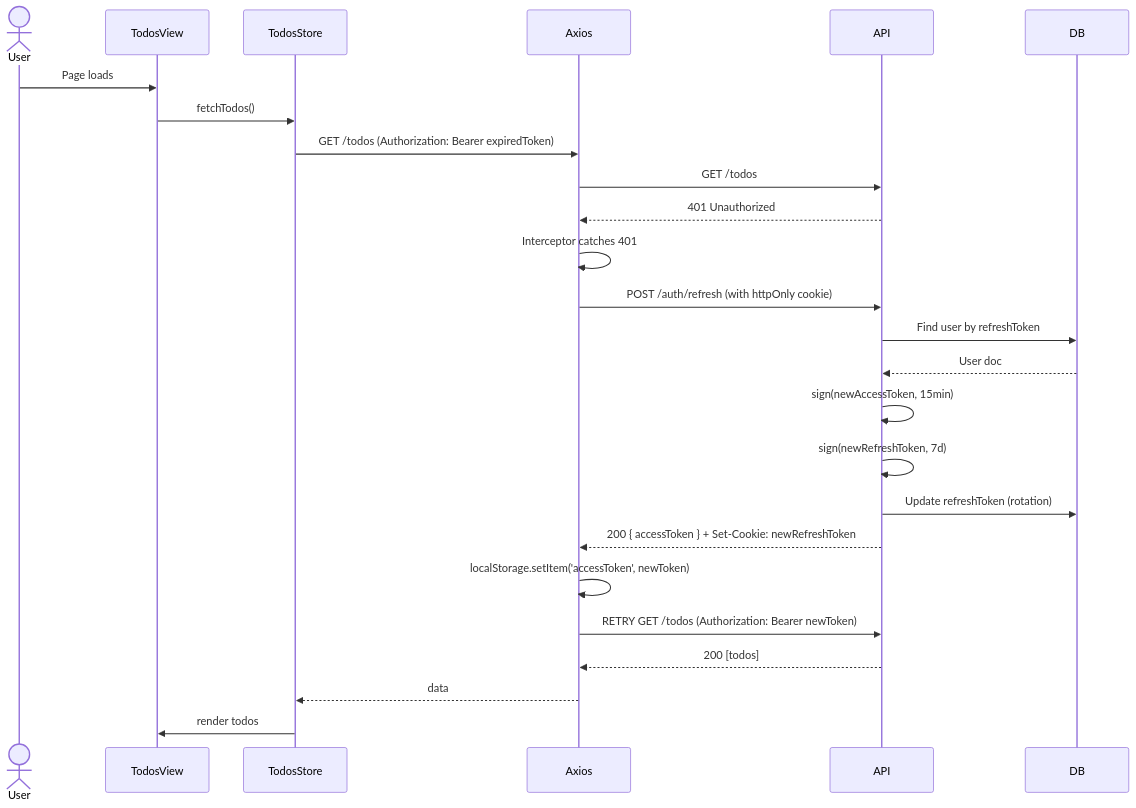
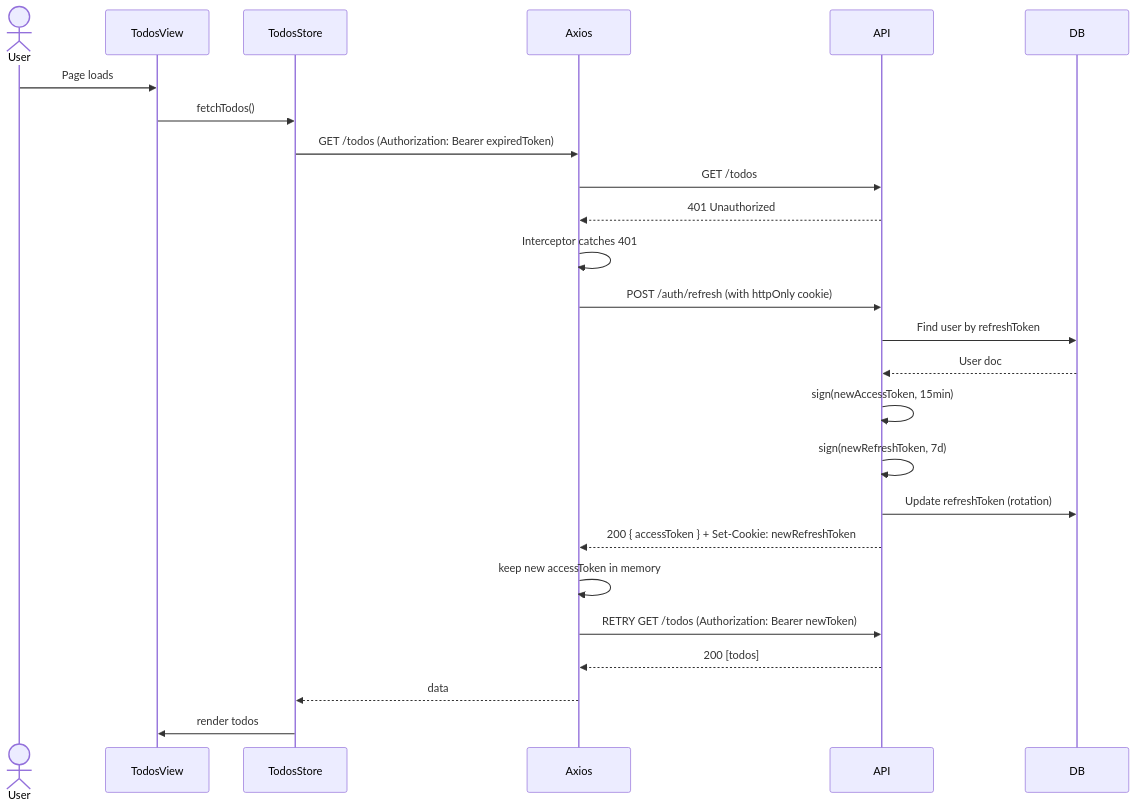
One commit to YaogoGerard/Todogy changed the sixth of 7 diagrams in docs/05_modeling.md. Above: the diagram before and after it, drawn with Mermaid. The commit also changed other lines of this file and 61 other files, not shown here.

````diff
--- a/docs/05_modeling.md
+++ b/docs/05_modeling.md
@@ -147,28 +150,28 @@
 ```mermaid
 sequenceDiagram
     actor User
     participant TodosView
     participant TodosStore
     participant Axios
     participant API
     participant DB
 
     User->>TodosView: Page loads
     TodosView->>TodosStore: fetchTodos()
     TodosStore->>Axios: GET /todos (Authorization: Bearer expiredToken)
     Axios->>API: GET /todos
     API-->>Axios: 401 Unauthorized
     Axios->>Axios: Interceptor catches 401
     Axios->>API: POST /auth/refresh (with httpOnly cookie)
     API->>DB: Find user by refreshToken
     DB-->>API: User doc
     API->>API: sign(newAccessToken, 15min)
     API->>API: sign(newRefreshToken, 7d)
     API->>DB: Update refreshToken (rotation)
     API-->>Axios: 200 { accessToken } + Set-Cookie: newRefreshToken
-    Axios->>Axios: localStorage.setItem('accessToken', newToken)
+    Axios->>Axios: keep new accessToken in memory
     Axios->>API: RETRY GET /todos (Authorization: Bearer newToken)
     API-->>Axios: 200 [todos]
     Axios-->>TodosStore: data
     TodosStore->>TodosView: render todos
 ```
````
